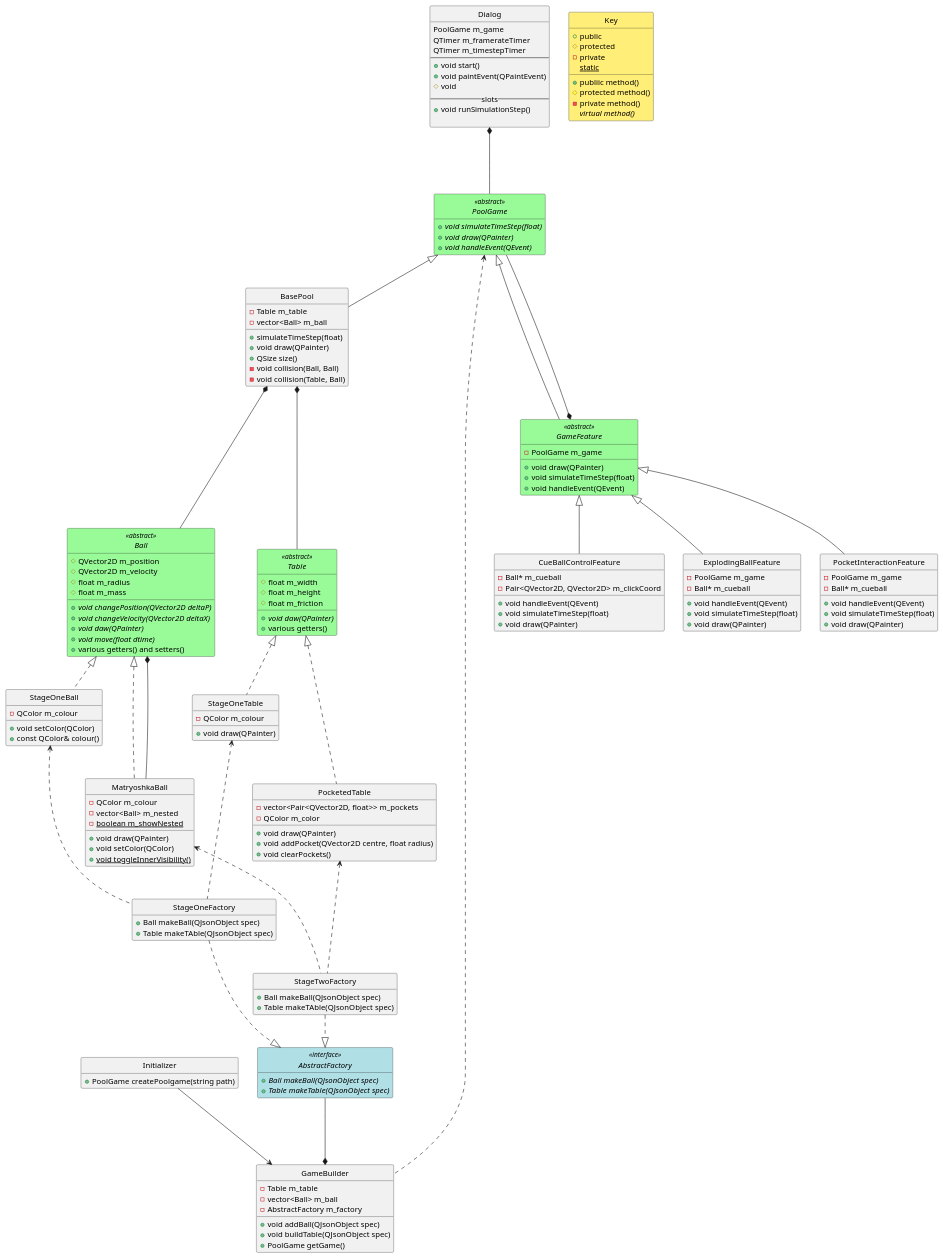
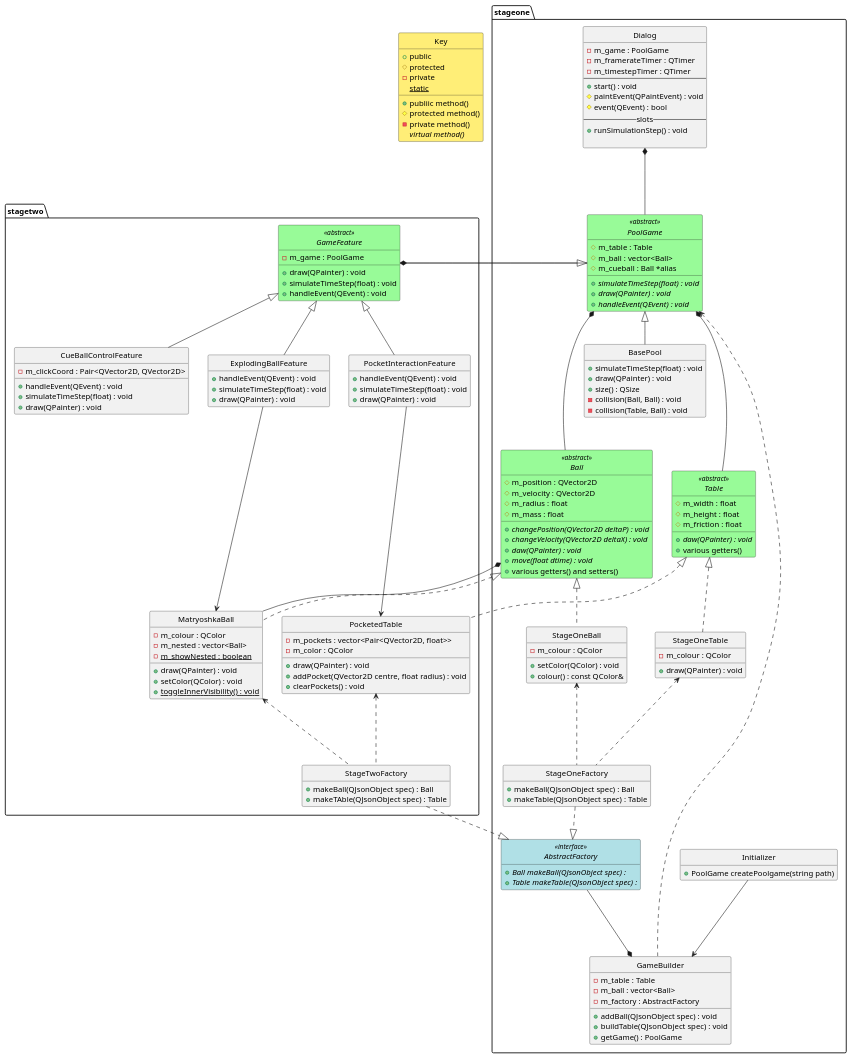
One commit to KittenHero/QtPoolGame changed the diagram in class.puml. Above: the diagram before and after it, drawn with PlantUML.

Commit message:
updated and despaghettified

```diff
--- a/class.puml
+++ b/class.puml
@@ -1,180 +1,182 @@
 @startuml
 
-class Initializer {
-    +PoolGame createPoolgame(string path)
-}
-
-class GameBuilder {
-    -Table m_table
-    -vector<Ball> m_ball
-    -AbstractFactory m_factory
+package stageone {
+    class Initializer {
+        +PoolGame createPoolgame(string path)
+    }
     
-    +void addBall(QJsonObject spec)
-    +void buildTable(QJsonObject spec)
-    +PoolGame getGame()
-}
-
-interface AbstractFactory <<interface>> {
-    +{abstract} Ball makeBall(QJsonObject spec)
-    +{abstract} Table makeTable(QJsonObject spec)
-}
-
-class StageOneFactory {
-    +Ball makeBall(QJsonObject spec)
-    +Table makeTAble(QJsonObject spec)
-}
-
-class StageTwoFactory {
-    +Ball makeBall(QJsonObject spec)
-    +Table makeTAble(QJsonObject spec)
-}
-
-class Dialog {
-    PoolGame m_game
-    QTimer m_framerateTimer
-    QTimer m_timestepTimer
-    --
-    +void start()
-    +void paintEvent(QPaintEvent)
-    #void
-    --slots--
-    +void runSimulationStep()
+    class GameBuilder {
+        -m_table : Table
+        -m_ball : vector<Ball>
+        -m_factory : AbstractFactory
+        
+        +addBall(QJsonObject spec) : void
+        +buildTable(QJsonObject spec) : void
+        +getGame() : PoolGame
+    }
+    
+    interface AbstractFactory <<interface>> {
+        +{abstract} Ball makeBall(QJsonObject spec) :
+        +{abstract} Table makeTable(QJsonObject spec) :
+    }
+    
+    class StageOneFactory {
+        +makeBall(QJsonObject spec) : Ball
+        +makeTable(QJsonObject spec) : Table
+    }
+    
+    class Dialog {
+        -m_game : PoolGame
+        -m_framerateTimer : QTimer
+        -m_timestepTimer : QTimer
+        --
+        +start() : void
+        #paintEvent(QPaintEvent) : void
+        #event(QEvent) : bool
+        --slots--
+        +runSimulationStep() : void
+        
+    }
+    
+    abstract PoolGame <<abstract>> {
+        #m_table : Table
+        #m_ball : vector<Ball>
+        #m_cueball : Ball *alias
+        +{abstract} simulateTimeStep(float) : void
+        +{abstract} draw(QPainter) : void
+        +{abstract} handleEvent(QEvent) : void
+    }
+    
+    class BasePool {
+        +simulateTimeStep(float) : void
+        +draw(QPainter) : void
+        +size() : QSize
+        -collision(Ball, Ball) : void
+        -collision(Table, Ball) : void
+    }
+    
+    abstract class Ball <<abstract>> {
+        #m_position : QVector2D 
+        #m_velocity : QVector2D 
+        #m_radius : float
+        #m_mass : float
+        
+        +{abstract} changePosition(QVector2D deltaP) : void
+        +{abstract} changeVelocity(QVector2D deltaX) : void
+        +{abstract} daw(QPainter) : void
+        +{abstract} move(float dtime) : void
+        +various getters() and setters()
+    }
+    
+    abstract class Table <<abstract>> {
+        #m_width : float
+        #m_height : float
+        #m_friction : float
+        
+        +{abstract} daw(QPainter) : void
+        +various getters()
+    }
+    
+    class StageOneBall {
+        -m_colour : QColor
+        +setColor(QColor) : void
+        +colour() : const QColor&
+    }
+    
+    
+    class StageOneTable {
+        -m_colour : QColor
+        +draw(QPainter) : void
+    }
     
 }
 
-abstract PoolGame <<abstract>> {
-    +{abstract} void simulateTimeStep(float)
-    +{abstract} void draw(QPainter)
-    +{abstract} void handleEvent(QEvent)
+package stagetwo {
+
+    class StageTwoFactory {
+        + makeBall(QJsonObject spec) : Ball
+        + makeTAble(QJsonObject spec) : Table
+    }
+
+    abstract GameFeature <<abstract>> {
+        -m_game : PoolGame
+        +draw(QPainter) : void
+        +simulateTimeStep(float) : void
+        +handleEvent(QEvent) : void
+    }
+    
+    class CueBallControlFeature {
+        -m_clickCoord : Pair<QVector2D, QVector2D> 
+        +handleEvent(QEvent) : void
+        +simulateTimeStep(float) : void
+        +draw(QPainter) : void
+    }
+    
+    class ExplodingBallFeature {
+        +handleEvent(QEvent) : void
+        +simulateTimeStep(float) : void
+        +draw(QPainter) : void
+    }
+    
+    class PocketInteractionFeature {
+        +handleEvent(QEvent) : void
+        +simulateTimeStep(float) : void
+        +draw(QPainter) : void
+    }
+    
+    class MatryoshkaBall {
+        -m_colour : QColor
+        -m_nested : vector<Ball>
+        -{static} m_showNested : boolean
+        
+        +draw(QPainter) : void
+        +setColor(QColor) : void
+        +{static} toggleInnerVisibility() : void
+    }
+    
+    class PocketedTable {
+        -m_pockets : vector<Pair<QVector2D, float>>
+        -m_color : QColor
+        
+        +draw(QPainter) : void
+        +addPocket(QVector2D centre, float radius) : void
+        +clearPockets() : void
+    }
 }
+Initializer                 --->    GameBuilder
 
-class BasePool {
-    -Table m_table
-    -vector<Ball> m_ball
+Dialog                      *---    PoolGame
+PoolGame                    *---    Table
+PoolGame                    *---    Ball
 
-    +simulateTimeStep(float)
-    +void draw(QPainter)
-    +QSize size()
-    -void collision(Ball, Ball)
-    -void collision(Table, Ball)
-}
+PoolGame                    <|--    GameFeature
+PoolGame                    <|--    BasePool
 
-abstract GameFeature <<abstract>> {
-    -PoolGame m_game
-    +void draw(QPainter)
-    +void simulateTimeStep(float)
-    +void handleEvent(QEvent)
-}
+GameFeature                 *---    PoolGame
+GameFeature                 <|--    CueBallControlFeature
+GameFeature                 <|--    PocketInteractionFeature
+GameFeature                 <|--    ExplodingBallFeature
 
-class CueBallControlFeature {
-    -Ball* m_cueball
-    -Pair<QVector2D, QVector2D> m_clickCoord
-    +void handleEvent(QEvent)
-    +void simulateTimeStep(float)
-    +void draw(QPainter)
-}
+Table                       <|..    StageOneTable
+Table                       <|..    PocketedTable
+Ball                        <|..    StageOneBall
+Ball                        <|..    MatryoshkaBall
+MatryoshkaBall              ---*    Ball
 
-class ExplodingBallFeature {
-    -PoolGame m_game
-    -Ball* m_cueball
-    +void handleEvent(QEvent)
-    +void simulateTimeStep(float)
-    +void draw(QPainter)
-}
+ExplodingBallFeature        --->    MatryoshkaBall
+PocketInteractionFeature    --->    PocketedTable
 
-class PocketInteractionFeature {
-    -PoolGame m_game
-    -Ball* m_cueball
-    +void handleEvent(QEvent)
-    +void simulateTimeStep(float)
-    +void draw(QPainter)
-}
+AbstractFactory             ---*    GameBuilder
+PoolGame                    <...    GameBuilder
 
-abstract class Ball <<abstract>> {
-    #QVector2D m_position
-    #QVector2D m_velocity
-    #float m_radius
-    #float m_mass
-    
-    +{abstract} void changePosition(QVector2D deltaP)
-    +{abstract} void changeVelocity(QVector2D deltaX)
-    +{abstract} void daw(QPainter)
-    +{abstract} void move(float dtime)
-    +various getters() and setters()
-}
+StageOneFactory             ..|>    AbstractFactory
+StageTwoFactory             ..|>    AbstractFactory
 
-abstract class Table <<abstract>> {
-    #float m_width
-    #float m_height
-    #float m_friction
-    
-    +{abstract} void daw(QPainter)
-    +various getters()
-}
+StageOneBall                <...    StageOneFactory
+StageOneTable               <...    StageOneFactory
 
-class StageOneBall {
-    -QColor m_colour
-    
-    +void setColor(QColor)
-    +const QColor& colour()
-}
-
-class MatryoshkaBall {
-    -QColor m_colour
-    -vector<Ball> m_nested
-    -{static} boolean m_showNested
-    
-    +void draw(QPainter)
-    +void setColor(QColor)
-    +{static} void toggleInnerVisibility()
-}
-
-class StageOneTable {
-    -QColor m_colour
-    +void draw(QPainter)
-}
-
-class PocketedTable {
-    -vector<Pair<QVector2D, float>> m_pockets
-    -QColor m_color
-    
-    +void draw(QPainter)
-    +void addPocket(QVector2D centre, float radius)
-    +void clearPockets()
-}
-
-Initializer     --->    GameBuilder
-
-Dialog          *---    PoolGame
-BasePool        *---    Table
-BasePool        *---    Ball
-
-PoolGame        <|--    BasePool
-
-PoolGame        <|--    GameFeature
-GameFeature     *---    PoolGame
-
-GameFeature     <|--    CueBallControlFeature
-GameFeature     <|--    PocketInteractionFeature
-GameFeature     <|--    ExplodingBallFeature
-
-Table           <|..    StageOneTable
-Table           <|..    PocketedTable
-Ball            <|..    StageOneBall
-Ball            <|..    MatryoshkaBall
-MatryoshkaBall  ---*    Ball
-
-AbstractFactory ---*    GameBuilder
-PoolGame        <...    GameBuilder
-
-StageOneFactory ..|>    AbstractFactory
-StageTwoFactory ..|>    AbstractFactory
-
-StageOneBall    <...    StageOneFactory
-StageOneTable   <...    StageOneFactory
-
-PocketedTable   <...    StageTwoFactory
-MatryoshkaBall  <...    StageTwoFactory
+PocketedTable               <...    StageTwoFactory
+MatryoshkaBall              <...    StageTwoFactory
 
 
 class Key #ffee77 {
```
